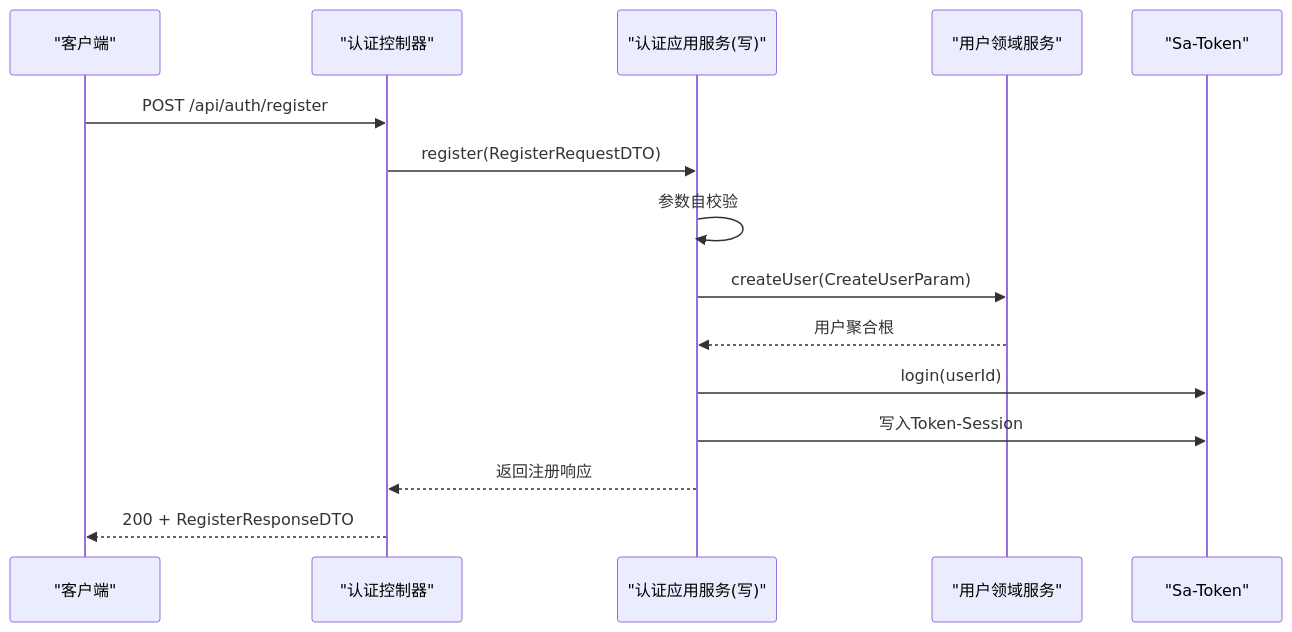
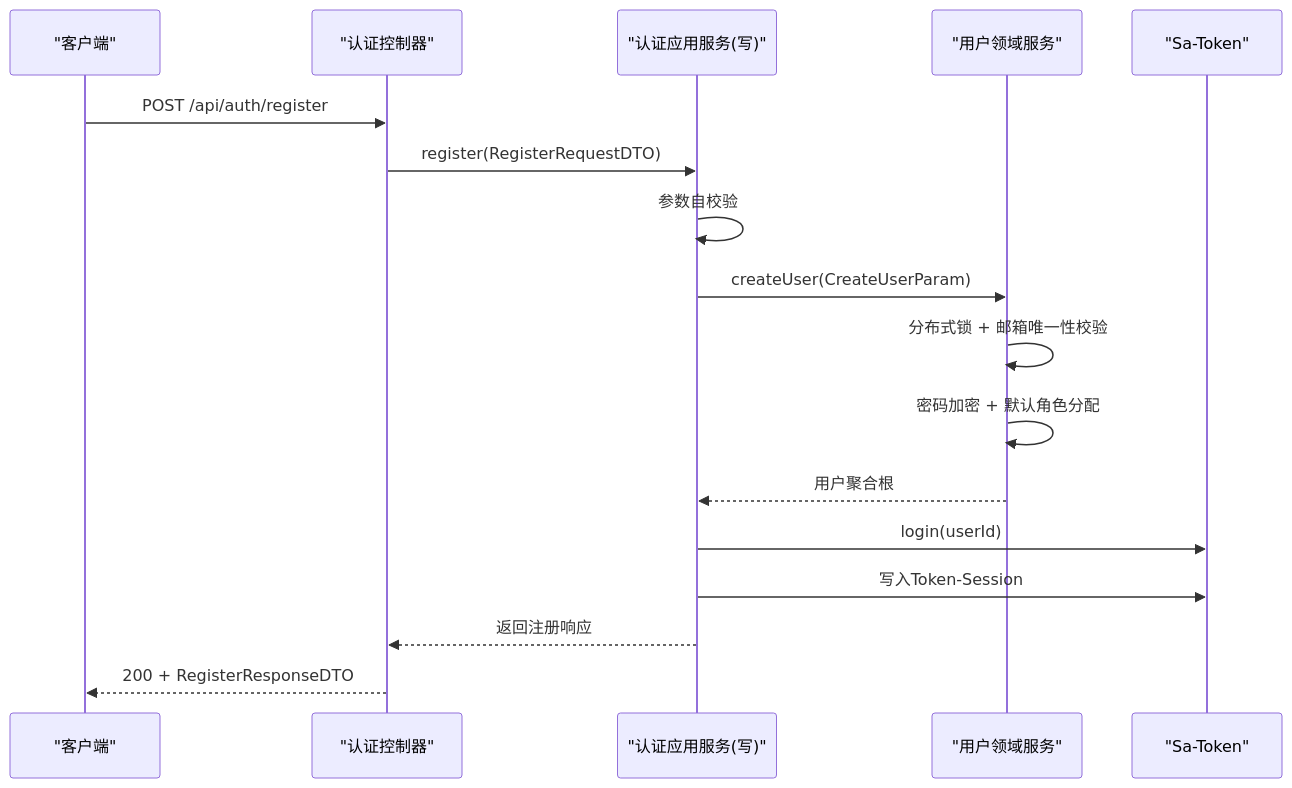
Before and after one commit to sunnaoxixi/spring-ddd-template: the fourth of 6 diagrams in .qoder/repowiki/zh/content/核心业务模块/认证授权模块.md, drawn with Mermaid. The commit also changed other lines of this file and 91 other files, not shown here.

````diff
--- a/.qoder/repowiki/zh/content/核心业务模块/认证授权模块.md
+++ b/.qoder/repowiki/zh/content/核心业务模块/认证授权模块.md
@@ -181,17 +205,19 @@
 ```mermaid
 sequenceDiagram
 participant C as "客户端"
 participant A as "认证控制器"
 participant W as "认证应用服务(写)"
 participant U as "用户领域服务"
 participant ST as "Sa-Token"
 C->>A : POST /api/auth/register
 A->>W : register(RegisterRequestDTO)
 W->>W : 参数自校验
 W->>U : createUser(CreateUserParam)
+U->>U : 分布式锁 + 邮箱唯一性校验
+U->>U : 密码加密 + 默认角色分配
 U-->>W : 用户聚合根
 W->>ST : login(userId)
 W->>ST : 写入Token-Session
 W-->>A : 返回注册响应
 A-->>C : 200 + RegisterResponseDTO
 ```
````
